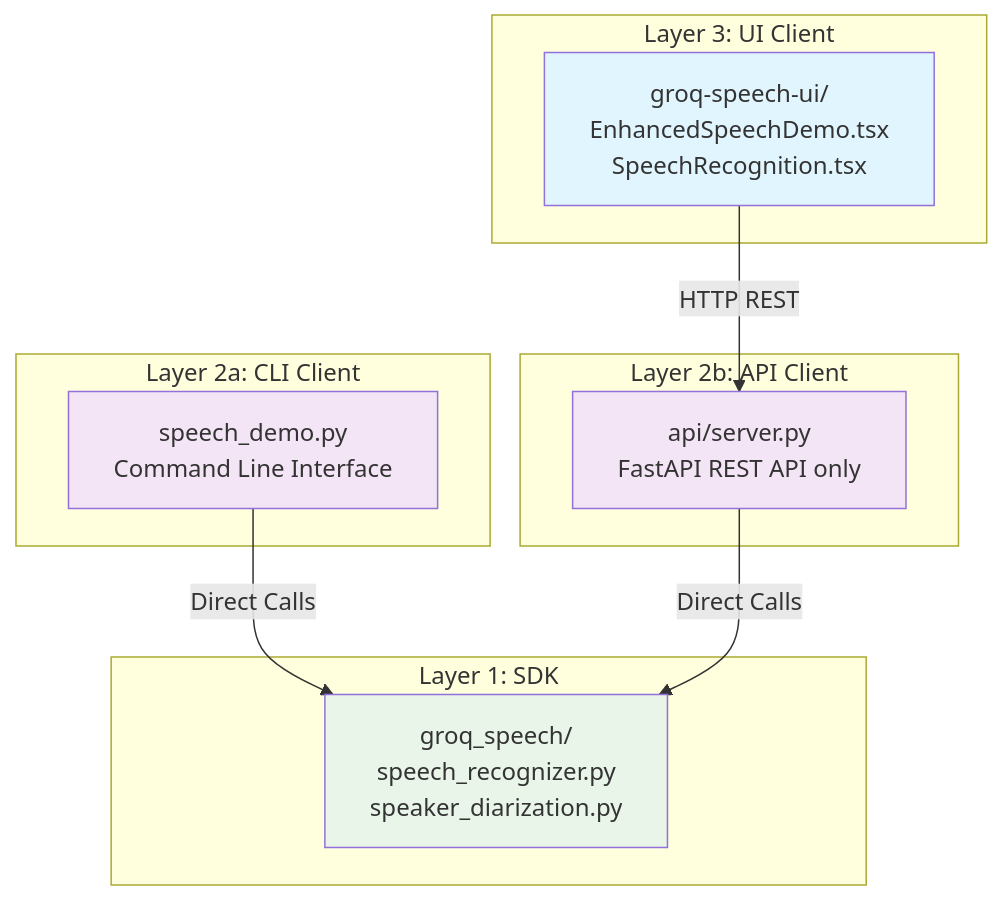
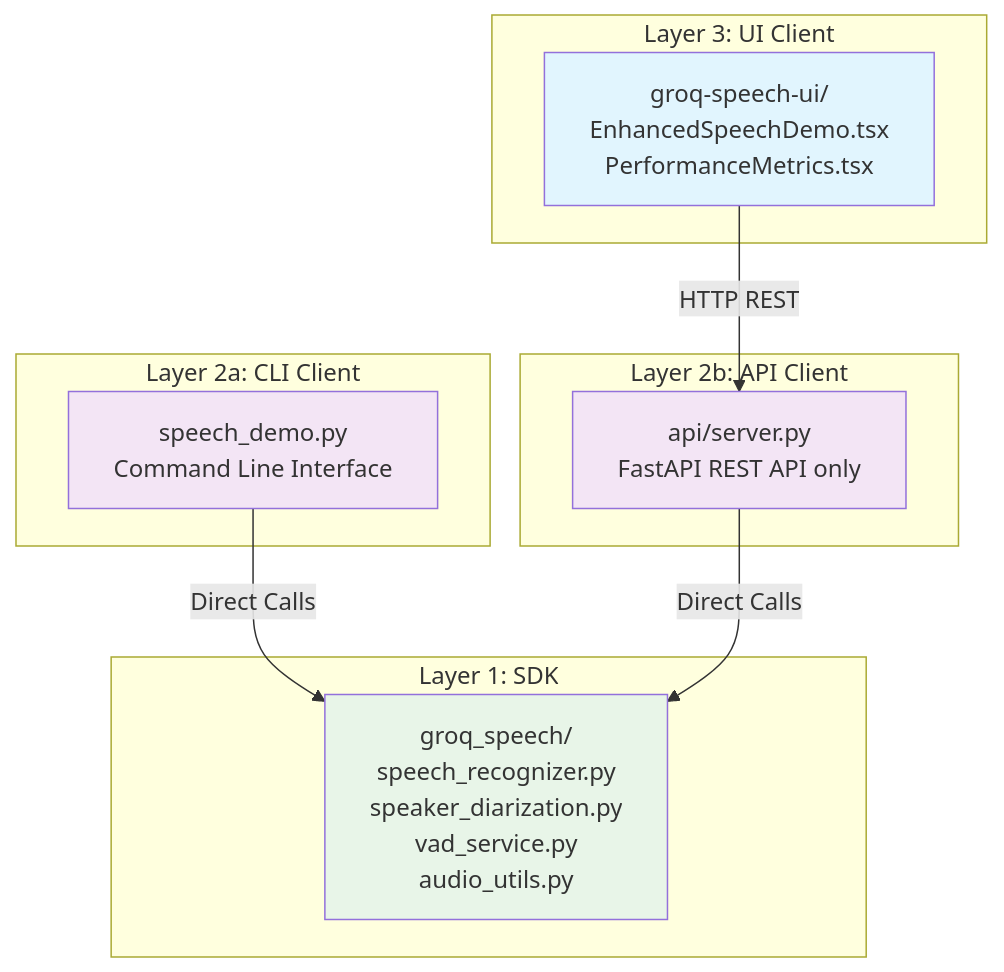
The first of 8 diagrams in docs/ARCHITECTURE.md (sreenivasmrpivot/groq-speech), drawn with Mermaid before and after one commit. The commit also changed other lines of this file and 13 other files, not shown here.

````diff
--- a/docs/ARCHITECTURE.md
+++ b/docs/ARCHITECTURE.md
@@ -64,27 +65,27 @@
 ```mermaid
 graph TB
     subgraph "Layer 3: UI Client"
-        UI[groq-speech-ui/<br/>EnhancedSpeechDemo.tsx<br/>SpeechRecognition.tsx]
+        UI[groq-speech-ui/<br/>EnhancedSpeechDemo.tsx<br/>PerformanceMetrics.tsx]
     end
     
     subgraph "Layer 2b: API Client"
         API[api/server.py<br/>FastAPI REST API only]
     end
     
     subgraph "Layer 2a: CLI Client"
         CLI[speech_demo.py<br/>Command Line Interface]
     end
     
     subgraph "Layer 1: SDK"
-        SDK[groq_speech/<br/>speech_recognizer.py<br/>speaker_diarization.py]
+        SDK[groq_speech/<br/>speech_recognizer.py<br/>speaker_diarization.py<br/>vad_service.py<br/>audio_utils.py]
     end
     
     UI -->|HTTP REST| API
     CLI -->|Direct Calls| SDK
     API -->|Direct Calls| SDK
     
     style UI fill:#e1f5fe
     style API fill:#f3e5f5
     style CLI fill:#f3e5f5
     style SDK fill:#e8f5e8
 ```
````
